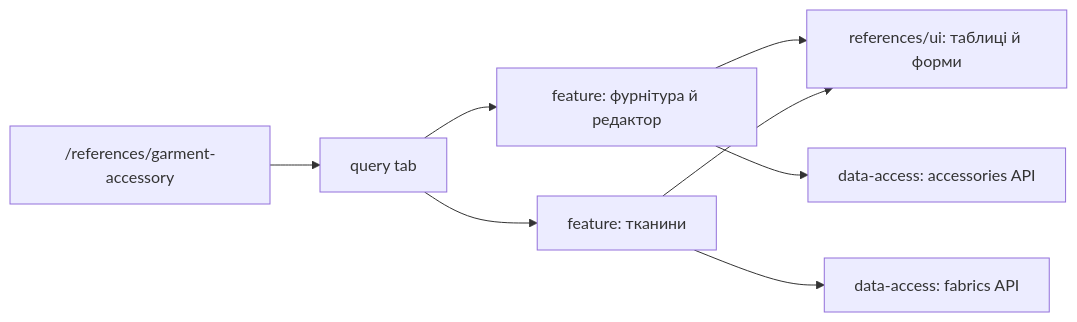
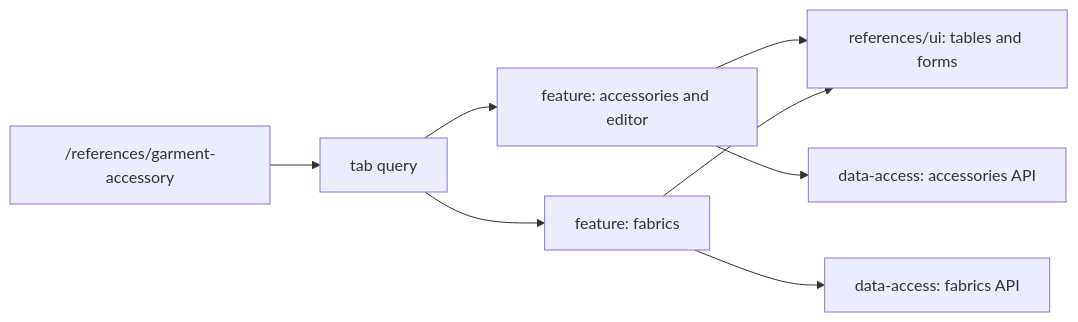
The diagram in docs/features/admin/references/materials.md (Weretik/brevi-web), drawn with Mermaid before and after one commit. The commit also changed other lines of this file and 52 other files, not shown here.

Commit message:
docs(frontend): reconcile architecture and feature guidance

````diff
--- a/docs/features/admin/references/materials.md
+++ b/docs/features/admin/references/materials.md
@@ -9,10 +14,10 @@
 ```mermaid
 flowchart LR
-  Route["/references/garment-accessory"] --> Tabs["query tab"]
-  Tabs --> Accessories["feature: фурнітура й редактор"]
-  Tabs --> Fabrics["feature: тканини"]
-  Accessories --> UI["references/ui: таблиці й форми"]
+  Route["/references/garment-accessory"] --> Tabs["tab query"]
+  Tabs --> Accessories["feature: accessories and editor"]
+  Tabs --> Fabrics["feature: fabrics"]
+  Accessories --> UI["references/ui: tables and forms"]
   Fabrics --> UI
   Accessories --> AccessoriesAPI["data-access: accessories API"]
   Fabrics --> FabricsAPI["data-access: fabrics API"]
 ```
````
